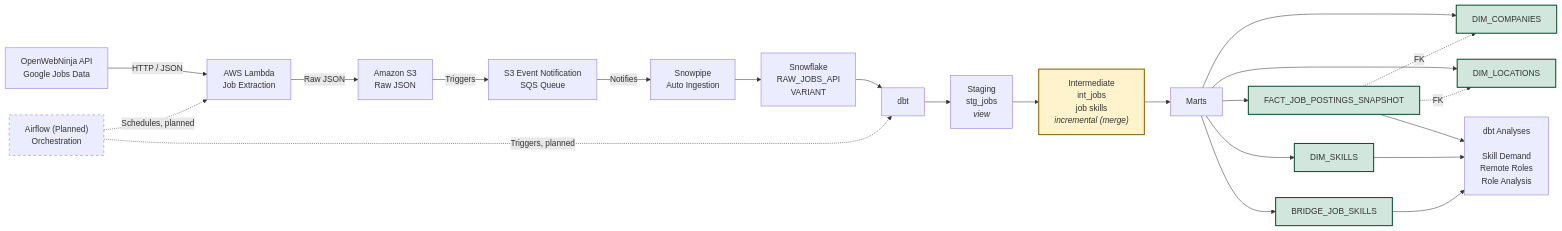
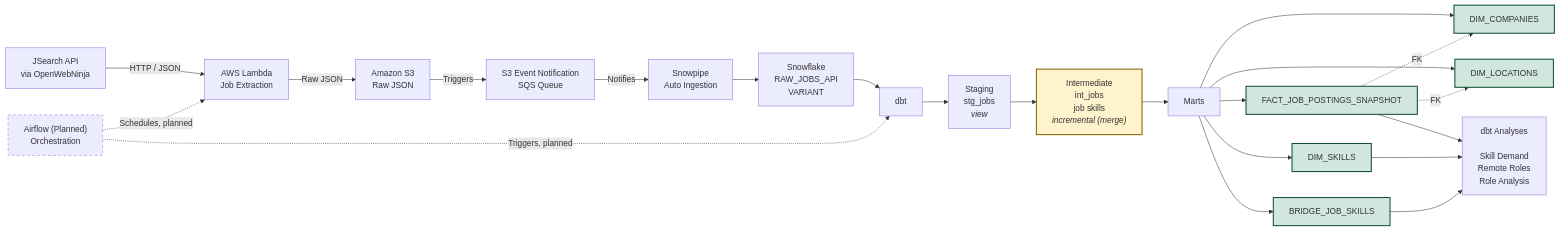
Before and after one commit to Komsiie/job-tracker-data-pipeline: the diagram in docs/architecture.md, drawn with Mermaid. The commit also changed other lines of this file and 13 other files, not shown here.

````diff
--- a/docs/architecture.md
+++ b/docs/architecture.md
@@ -5,52 +5,52 @@
 ```mermaid
 flowchart LR
 
-    API["OpenWebNinja API<br/>Google Jobs Data"]
+    API["JSearch API<br/>via OpenWebNinja"]
     LAMBDA["AWS Lambda<br/>Job Extraction"]
     S3["Amazon S3<br/>Raw JSON"]
     EVENT["S3 Event Notification<br/>SQS Queue"]
     SNOWPIPE["Snowpipe<br/>Auto Ingestion"]
     RAW["Snowflake<br/>RAW_JOBS_API<br/>VARIANT"]
     DBT["dbt"]
     STG["Staging<br/>stg_jobs<br/><i>view</i>"]
     INT["Intermediate<br/>int_jobs<br/>job skills<br/><i>incremental (merge)</i>"]:::incremental
     MARTS["Marts"]
     FACT["FACT_JOB_POSTINGS_SNAPSHOT"]:::table
     COMPANY["DIM_COMPANIES"]:::table
     LOCATION["DIM_LOCATIONS"]:::table
     SKILLS["DIM_SKILLS"]:::table
     BRIDGE["BRIDGE_JOB_SKILLS"]:::table
     ANALYSIS["dbt Analyses<br/><br/>Skill Demand<br/>Remote Roles<br/>Role Analysis"]
     AIRFLOW["Airflow (Planned)<br/>Orchestration"]
 
     API -->|HTTP / JSON| LAMBDA
     LAMBDA -->|Raw JSON| S3
     S3 -->|Triggers| EVENT
     EVENT -->|Notifies| SNOWPIPE
     SNOWPIPE --> RAW
 
     RAW --> DBT
     DBT --> STG
     STG --> INT
     INT --> MARTS
 
     MARTS --> FACT
     MARTS --> COMPANY
     MARTS --> LOCATION
     MARTS --> SKILLS
     MARTS --> BRIDGE
 
     FACT -.->|FK| COMPANY
     FACT -.->|FK| LOCATION
 
     FACT --> ANALYSIS
     SKILLS --> ANALYSIS
     BRIDGE --> ANALYSIS
 
     AIRFLOW -.->|Schedules, planned| LAMBDA
     AIRFLOW -.->|Triggers, planned| DBT
 
     style AIRFLOW stroke-dasharray: 5 5
     classDef incremental fill:#fff3cd,stroke:#856404,stroke-width:2px;
     classDef table fill:#d1e7dd,stroke:#0f5132,stroke-width:2px;
 ```
````
